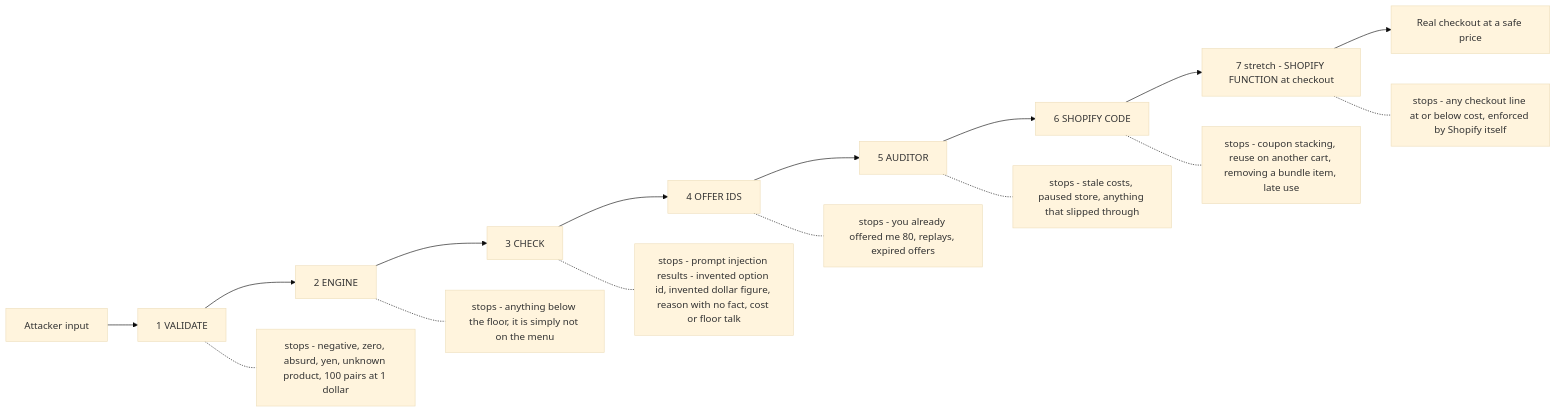
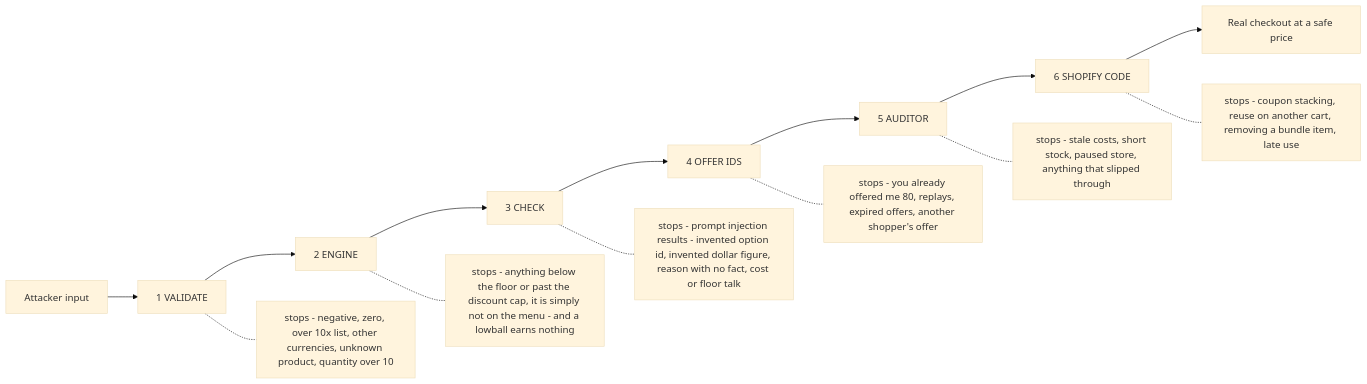
One commit to Maristanez/bazaar changed diagram 17 of 22 in docs/ARCHITECTURE.md. Above: the diagram before and after it, drawn with Mermaid (base theme). The commit also changed other lines of this file and 13 other files, not shown here.

````diff
--- a/docs/ARCHITECTURE.md
+++ b/docs/ARCHITECTURE.md
@@ -586,29 +590,26 @@
 ```mermaid
 flowchart LR
   ATK["Attacker input"]
   V["1 VALIDATE"]
   E["2 ENGINE"]
   K["3 CHECK"]
   I["4 OFFER IDS"]
   A["5 AUDITOR"]
   S["6 SHOPIFY CODE"]
-  F["7 stretch - SHOPIFY FUNCTION at checkout"]
   OK["Real checkout at a safe price"]
 
   ATK --> V
   V --> E
   E --> K
   K --> I
   I --> A
   A --> S
-  S --> F
-  F --> OK
+  S --> OK
 
-  V -.- V1["stops - negative, zero, absurd, yen, unknown product, 100 pairs at 1 dollar"]
-  E -.- E1["stops - anything below the floor, it is simply not on the menu"]
+  V -.- V1["stops - negative, zero, over 10x list, other currencies, unknown product, quantity over 10"]
+  E -.- E1["stops - anything below the floor or past the discount cap, it is simply not on the menu - and a lowball earns nothing"]
   K -.- K1["stops - prompt injection results - invented option id, invented dollar figure, reason with no fact, cost or floor talk"]
-  I -.- I1["stops - you already offered me 80, replays, expired offers"]
-  A -.- A1["stops - stale costs, paused store, anything that slipped through"]
+  I -.- I1["stops - you already offered me 80, replays, expired offers, another shopper's offer"]
+  A -.- A1["stops - stale costs, short stock, paused store, anything that slipped through"]
   S -.- S1["stops - coupon stacking, reuse on another cart, removing a bundle item, late use"]
-  F -.- F1["stops - any checkout line at or below cost, enforced by Shopify itself"]
 ```
````
